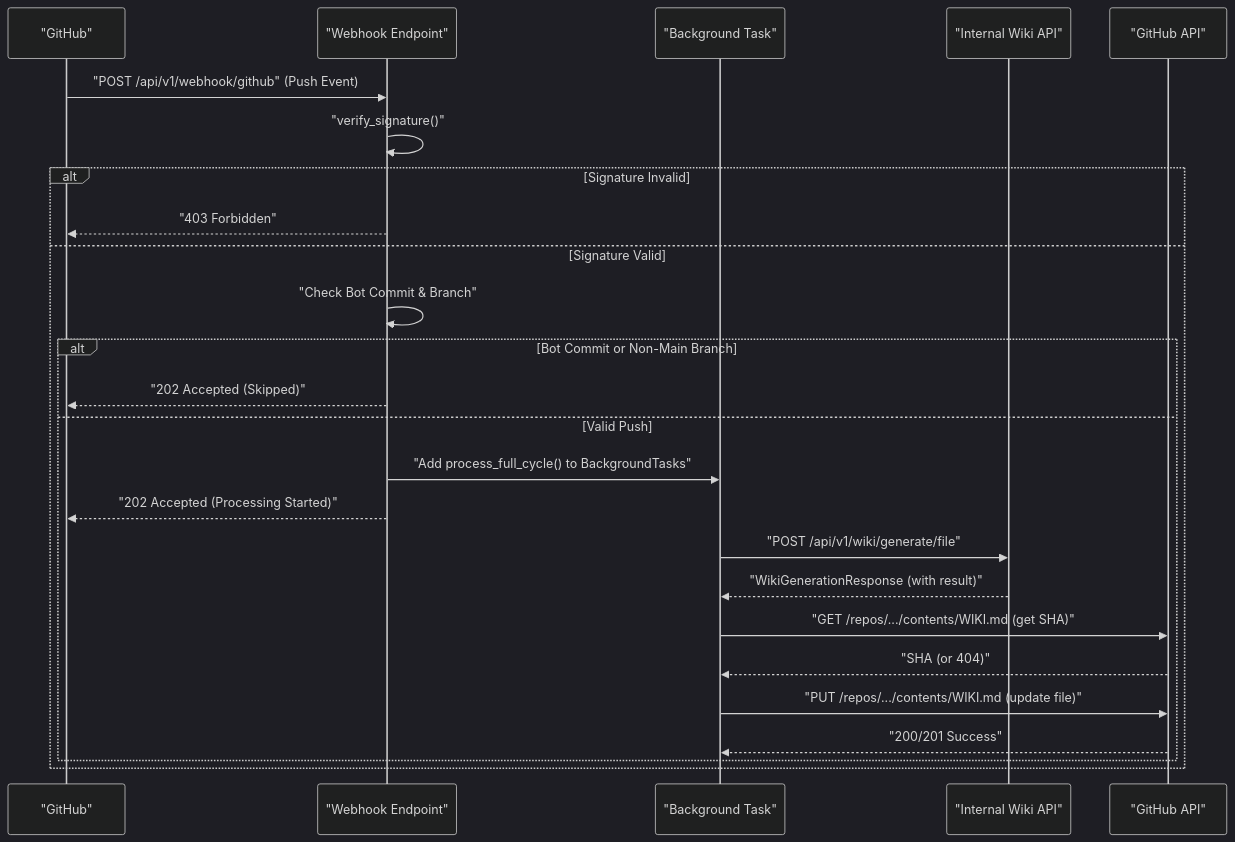
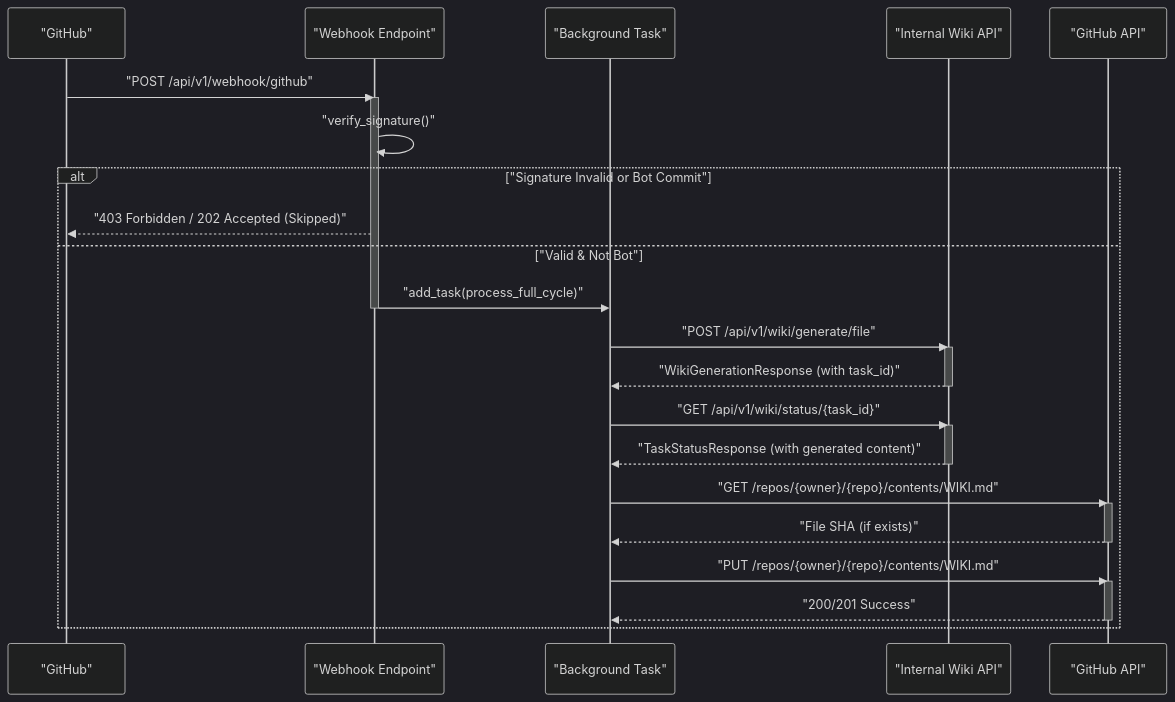
One commit to catuscio/wiki-as-readme changed diagram 13 of 19 in examples/wiki_as_README.md. Above: the diagram before and after it, drawn with Mermaid (dark theme). The commit also changed other lines of this file, not shown here.

Commit message:
✨📚 Update examples/wiki_as_README.md via Wiki-As-Readme Action (en)

````diff
--- a/examples/wiki_as_README.md
+++ b/examples/wiki_as_README.md
@@ -1423,28 +1559,34 @@
 ```mermaid
 sequenceDiagram
     participant G as "GitHub"
     participant W as "Webhook Endpoint"
     participant B as "Background Task"
     participant I as "Internal Wiki API"
     participant GH as "GitHub API"
 
-    G->>W: "POST /api/v1/webhook/github" (Push Event)
+    G->>W: "POST /api/v1/webhook/github"
+    activate W
     W->>W: "verify_signature()"
-    alt Signature Invalid
-        W-->>G: "403 Forbidden"
-    else Signature Valid
-        W->>W: "Check Bot Commit & Branch"
-        alt Bot Commit or Non-Main Branch
-            W-->>G: "202 Accepted (Skipped)"
-        else Valid Push
-            W->>B: "Add process_full_cycle() to BackgroundTasks"
-            W-->>G: "202 Accepted (Processing Started)"
-            B->>I: "POST /api/v1/wiki/generate/file"
-            I-->>B: "WikiGenerationResponse (with result)"
-            B->>GH: "GET /repos/.../contents/WIKI.md (get SHA)"
-            GH-->>B: "SHA (or 404)"
-            B->>GH: "PUT /repos/.../contents/WIKI.md (update file)"
-            GH-->>B: "200/201 Success"
-        end
+    alt "Signature Invalid or Bot Commit"
+        W-->>G: "403 Forbidden / 202 Accepted (Skipped)"
+    else "Valid & Not Bot"
+        W->>B: "add_task(process_full_cycle)"
+        deactivate W
+        B->>I: "POST /api/v1/wiki/generate/file"
+        activate I
+        I-->>B: "WikiGenerationResponse (with task_id)"
+        deactivate I
+        B->>I: "GET /api/v1/wiki/status/{task_id}"
+        activate I
+        I-->>B: "TaskStatusResponse (with generated content)"
+        deactivate I
+        B->>GH: "GET /repos/{owner}/{repo}/contents/WIKI.md"
+        activate GH
+        GH-->>B: "File SHA (if exists)"
+        deactivate GH
+        B->>GH: "PUT /repos/{owner}/{repo}/contents/WIKI.md"
+        activate GH
+        GH-->>B: "200/201 Success"
+        deactivate GH
     end
 ```
````
